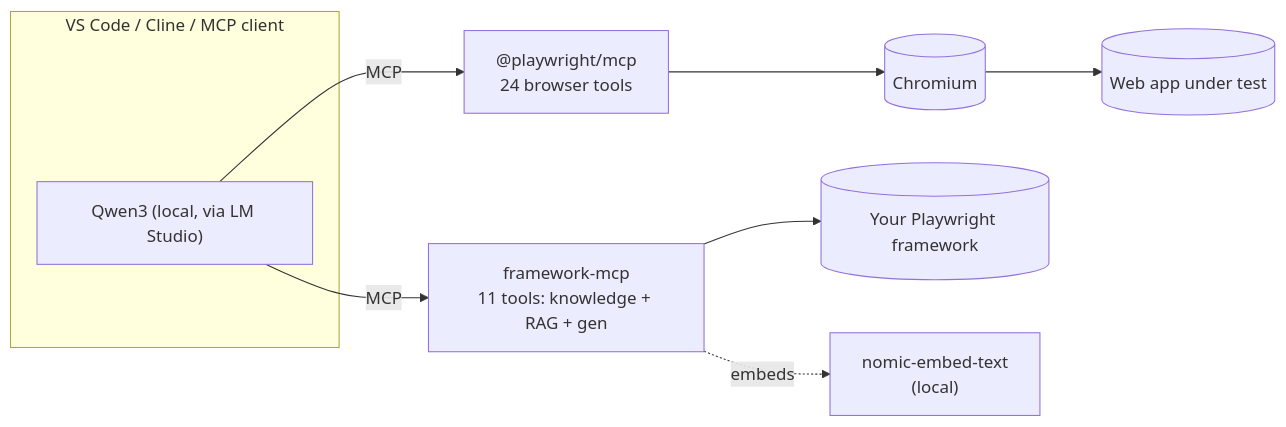
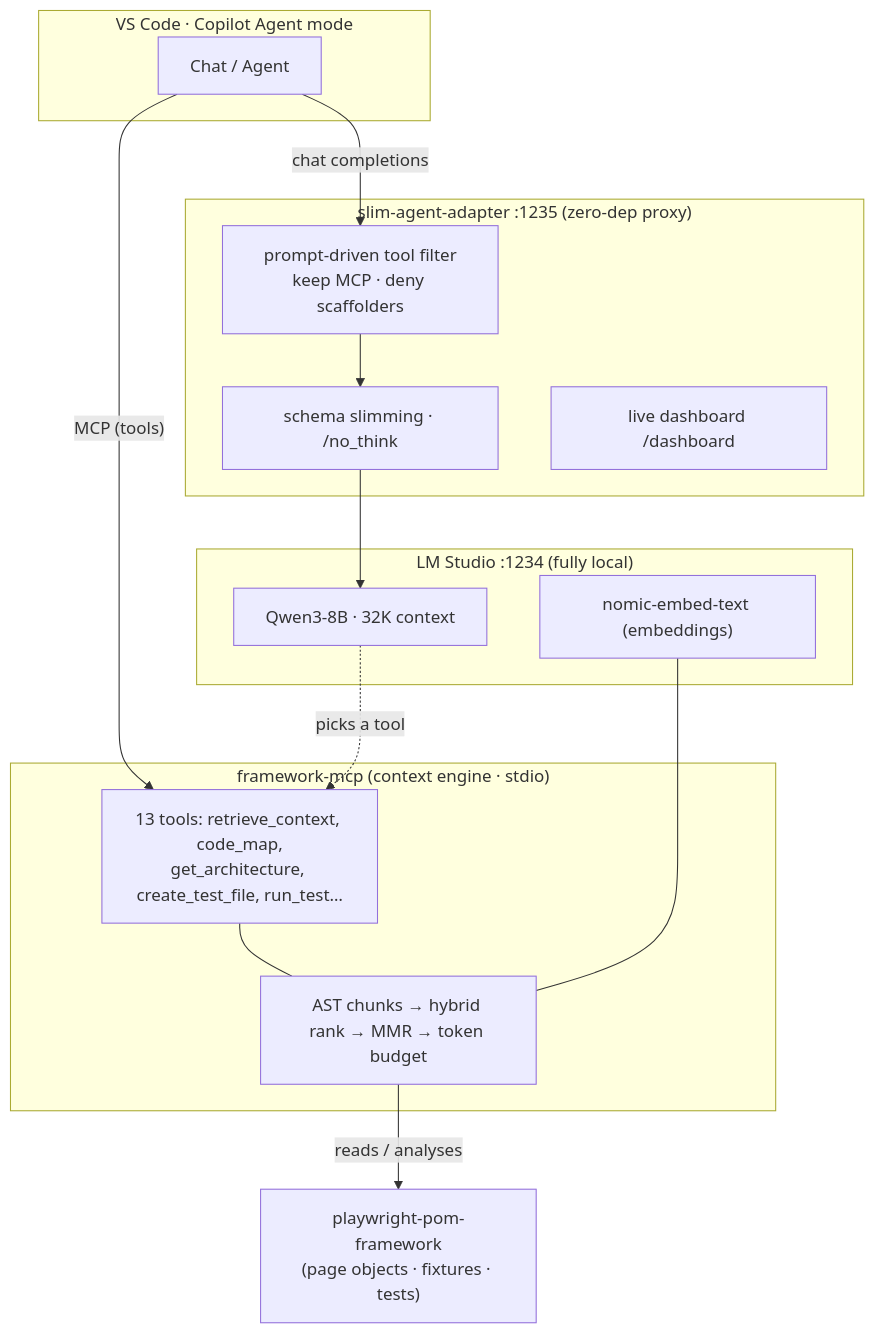
The diagram in README.md (pruthive580/PlayWright-RAG-CustomMCP), drawn with Mermaid before and after one commit. The commit also changed other lines of this file and 19 other files, not shown here.

First line of the commit message:
Bundle: RAG context engine + slim-agent-adapter + portable local setup

````diff
--- a/README.md
+++ b/README.md
@@ -43,12 +24,31 @@
 ```mermaid
-flowchart LR
-  subgraph Client["VS Code / Cline / MCP client"]
-    LLM["Qwen3 (local, via LM Studio)"]
+flowchart TB
+  subgraph vscode["VS Code · Copilot Agent mode"]
+    chat["Chat / Agent"]
   end
-  LLM -->|MCP| PW["@playwright/mcp<br/>24 browser tools"]
-  LLM -->|MCP| FW["framework-mcp<br/>11 tools: knowledge + RAG + gen"]
-  PW --> BR[("Chromium")]
-  FW --> REPO[("Your Playwright framework")]
-  FW -.embeds.-> EMB["nomic-embed-text<br/>(local)"]
-  BR --> APP[("Web app under test")]
+
+  subgraph adapter["slim-agent-adapter  :1235  (zero-dep proxy)"]
+    filt["prompt-driven tool filter<br/>keep MCP · deny scaffolders"]
+    slim["schema slimming · /no_think"]
+    dash["live dashboard /dashboard"]
+  end
+
+  subgraph lms["LM Studio  :1234  (fully local)"]
+    llm["Qwen3-8B · 32K context"]
+    emb["nomic-embed-text (embeddings)"]
+  end
+
+  subgraph mcp["framework-mcp  (context engine · stdio)"]
+    tools["13 tools: retrieve_context, code_map,<br/>get_architecture, create_test_file, run_test…"]
+    rag["AST chunks → hybrid rank → MMR → token budget"]
+  end
+
+  fw["playwright-pom-framework<br/>(page objects · fixtures · tests)"]
+
+  chat -- "chat completions" --> filt --> slim --> llm
+  emb --- rag
+  chat -- "MCP (tools)" --> tools
+  tools --- rag
+  rag -- "reads / analyses" --> fw
+  llm -. "picks a tool" .-> tools
 ```
````
